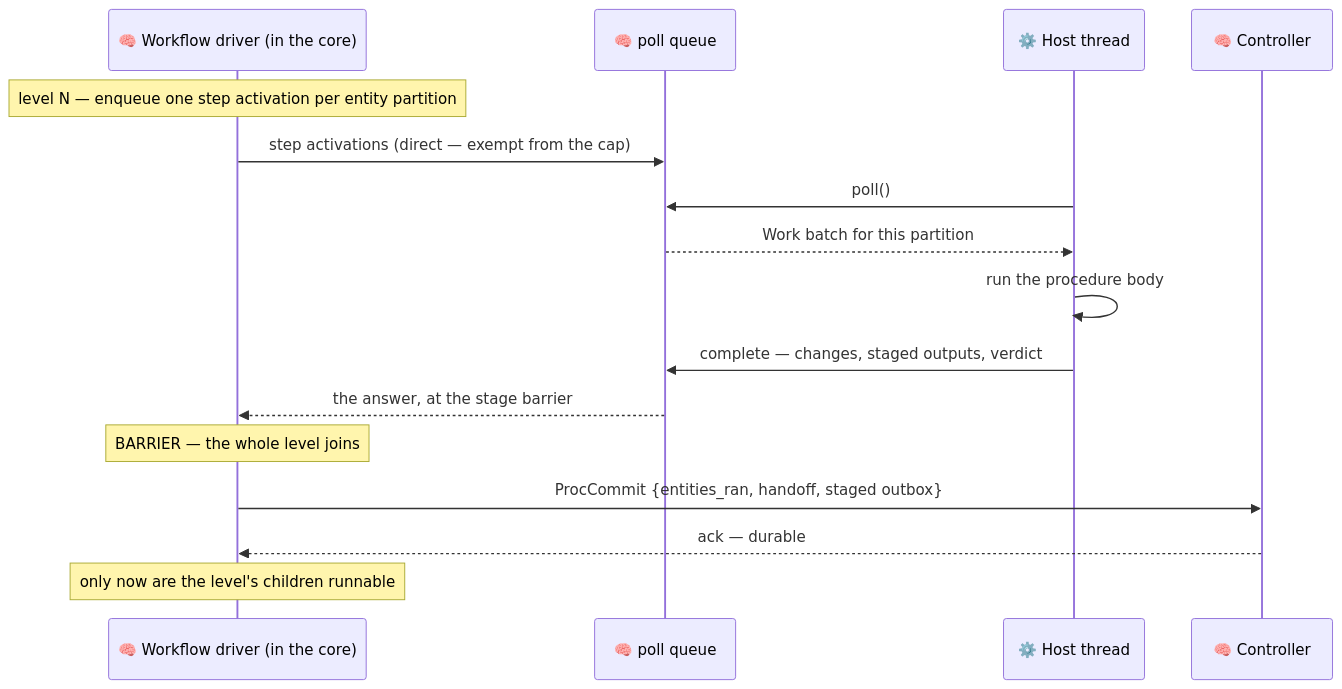
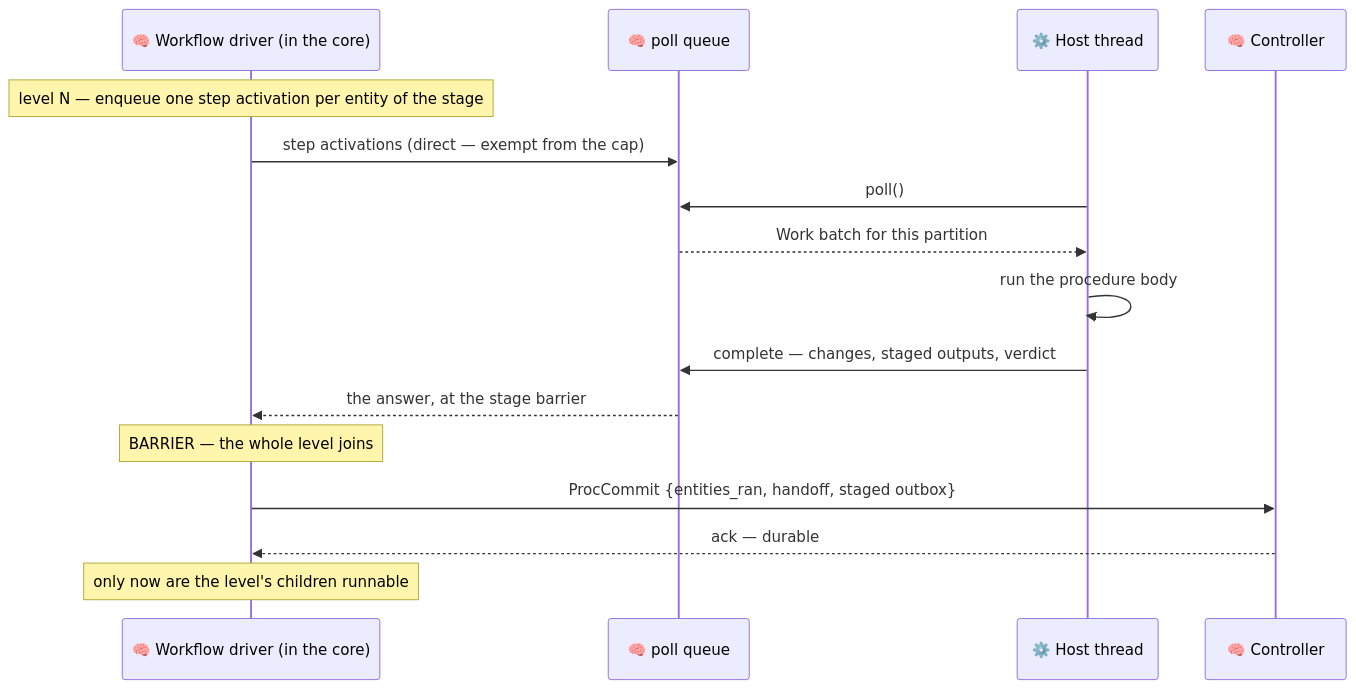
One commit to Flezha/flezha changed the seventh of 8 diagrams in docs/architecture/runner.md. Above: the diagram before and after it, drawn with Mermaid. The commit also changed other lines of this file and 22 other files, not shown here.

First line of the commit message:
docs: sync diagrams and docs with partitions, the remote tier, and the single-actor control plane

````diff
--- a/docs/architecture/runner.md
+++ b/docs/architecture/runner.md
@@ -271,19 +276,19 @@
 ```mermaid
 sequenceDiagram
     participant DRV as 🧠 Workflow driver (in the core)
     participant CORE as 🧠 poll queue
     participant W as ⚙️ Host thread
     participant CTRL as 🧠 Controller
 
-    Note over DRV: level N — enqueue one step activation per entity partition
+    Note over DRV: level N — enqueue one step activation per entity of the stage
     DRV->>CORE: step activations (direct — exempt from the cap)
     W->>CORE: poll()
     CORE-->>W: Work batch for this partition
     W->>W: run the procedure body
     W->>CORE: complete — changes, staged outputs, verdict
     CORE-->>DRV: the answer, at the stage barrier
     Note over DRV: BARRIER — the whole level joins
     DRV->>CTRL: ProcCommit {entities_ran, handoff, staged outbox}
     CTRL-->>DRV: ack — durable
     Note over DRV: only now are the level's children runnable
 ```
````
